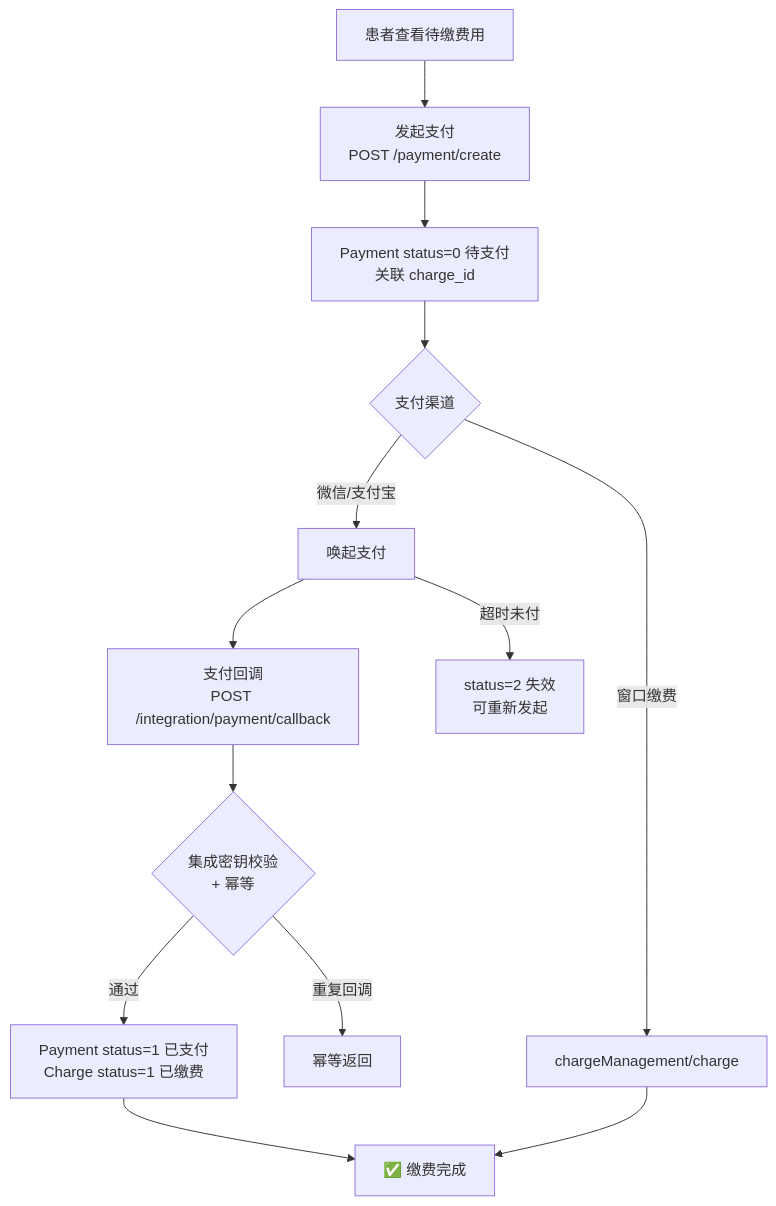
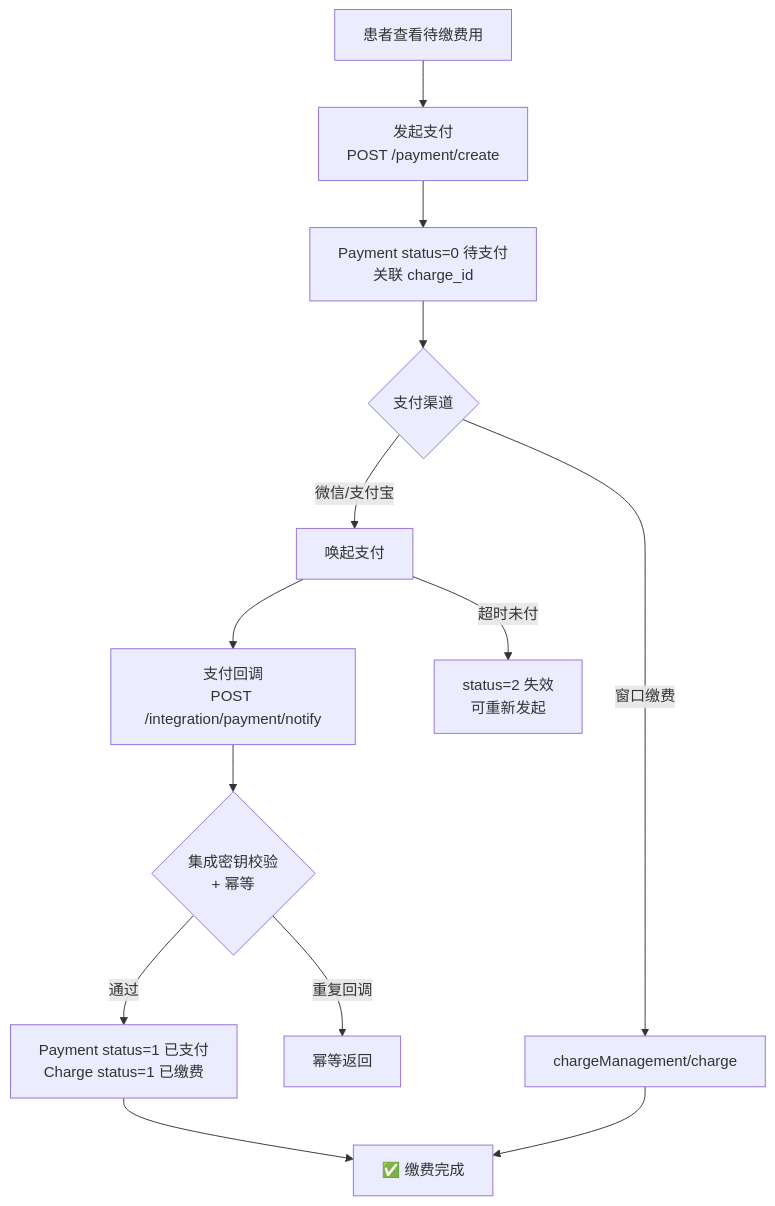
The fifth of 8 diagrams in doc/flowcharts/08-患者服务.md (Palpitate-xus/hoimsystem), drawn with Mermaid before and after one commit. The commit also changed 14 other files, not shown here.

````diff
--- a/doc/flowcharts/08-患者服务.md
+++ b/doc/flowcharts/08-患者服务.md
@@ -63,15 +63,15 @@
 ```mermaid
 flowchart TD
     A[患者查看待缴费用] --> B[发起支付<br/>POST /payment/create]
     B --> C[Payment status=0 待支付<br/>关联 charge_id]
     C --> D{支付渠道}
     D -- 微信/支付宝 --> E[唤起支付]
-    E --> F[支付回调<br/>POST /integration/payment/callback]
+    E --> F[支付回调<br/>POST /integration/payment/notify]
     F --> G{集成密钥校验<br/>+ 幂等}
     G -- 通过 --> H[Payment status=1 已支付<br/>Charge status=1 已缴费]
     G -- 重复回调 --> I[幂等返回]
     D -- 窗口缴费 --> J[chargeManagement/charge]
     H --> K[✅ 缴费完成]
     J --> K
     E -- 超时未付 --> L[status=2 失效<br/>可重新发起]
 ```
````
